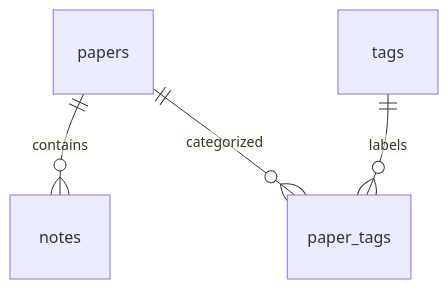
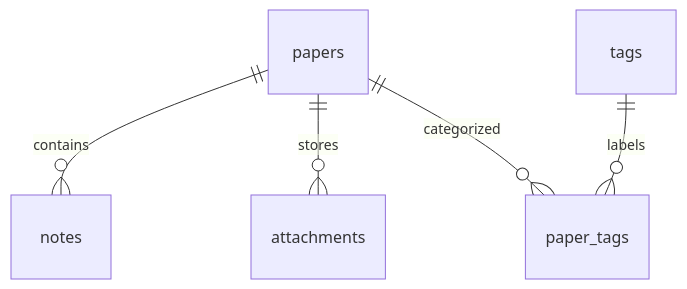
Before and after one commit to mu-yun-ling/PaperFlow: the diagram in docs/design.md, drawn with Mermaid. The commit also changed other lines of this file and 65 other files, not shown here.

````diff
--- a/docs/design.md
+++ b/docs/design.md
@@ -33,6 +34,7 @@
 ```mermaid
 erDiagram
     papers ||--o{ notes : contains
+    papers ||--o{ attachments : stores
     papers ||--o{ paper_tags : categorized
     tags ||--o{ paper_tags : labels
 ```
````
